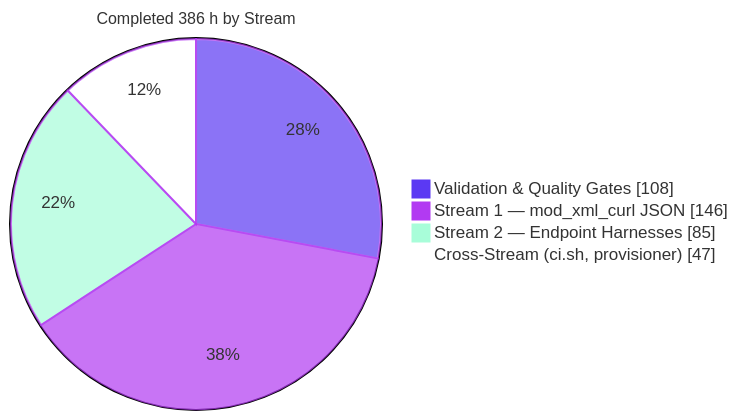
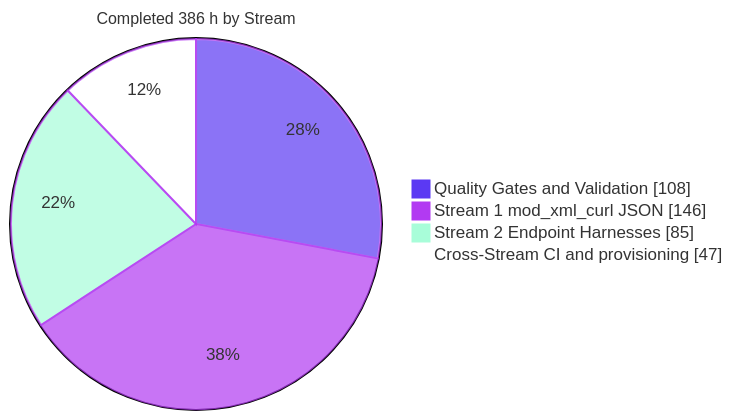
One commit to blitzy-public-samples/freeswitch changed the fourth of 4 diagrams in blitzy/documentation/Project Guide.md. Above: the diagram before and after it, drawn with Mermaid. The commit also changed other lines of this file, not shown here.

````diff
--- a/blitzy/documentation/Project Guide.md
+++ b/blitzy/documentation/Project Guide.md
@@ -427,8 +349,8 @@
 ```mermaid
 %%{init: {"theme":"base","themeVariables":{"pie1":"#5B39F3","pie2":"#B23AF2","pie3":"#A8FDD9","pie4":"#FFFFFF","pieStrokeColor":"#B23AF2","pieStrokeWidth":"2px","pieTitleTextSize":"16px"}}}%%
 pie showData title Completed 386 h by Stream
-    "Validation & Quality Gates" : 108
-    "Stream 1 — mod_xml_curl JSON" : 146
-    "Stream 2 — Endpoint Harnesses" : 85
-    "Cross-Stream (ci.sh, provisioner)" : 47
+    "Quality Gates and Validation" : 108
+    "Stream 1 mod_xml_curl JSON" : 146
+    "Stream 2 Endpoint Harnesses" : 85
+    "Cross-Stream CI and provisioning" : 47
 ```
````
